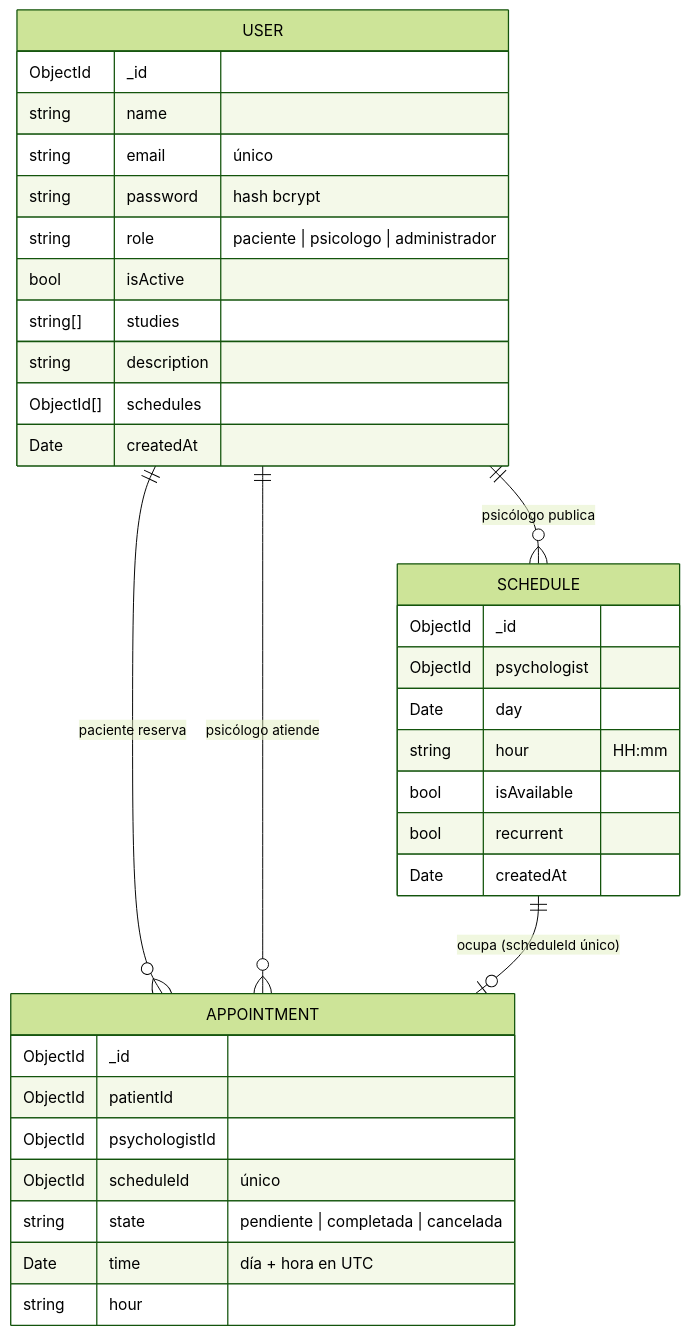
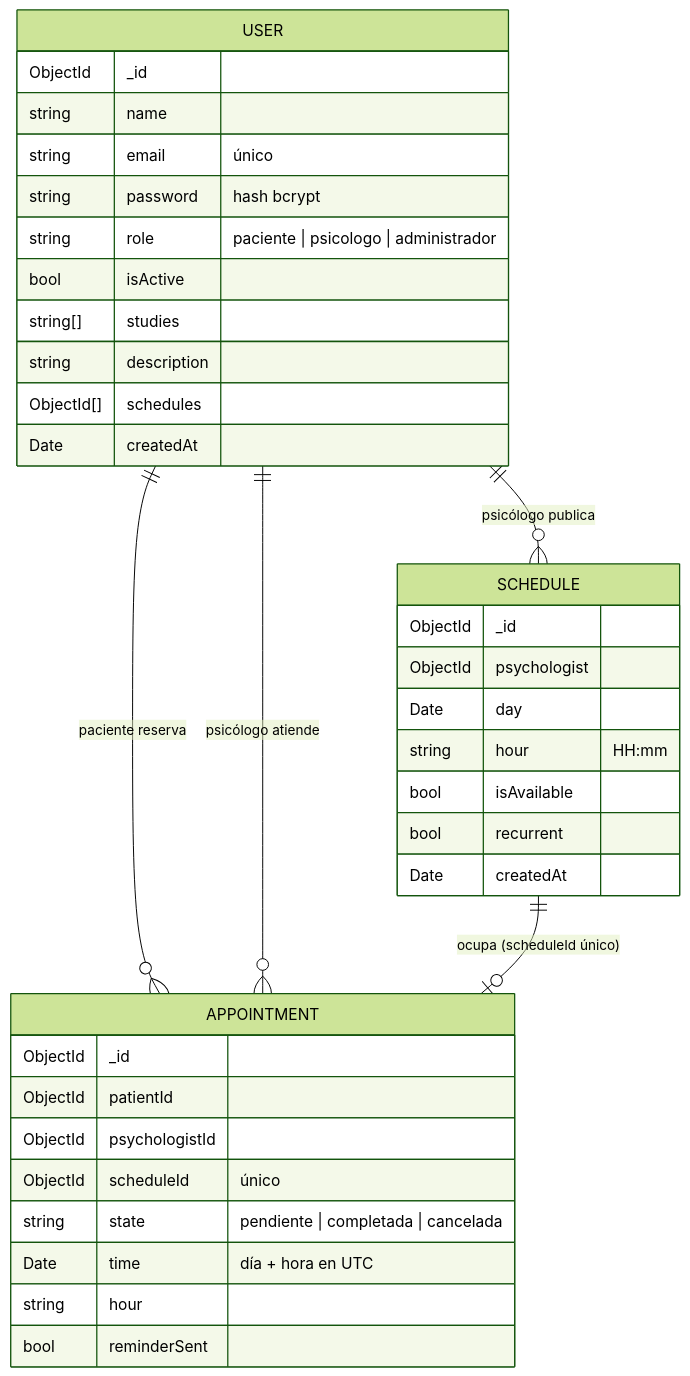
One commit to raug09/Magicamente changed the diagram in docs/02-modelo-datos.md. Above: the diagram before and after it, drawn with Mermaid (forest theme). The commit also changed other lines of this file and 7 other files, not shown here.

````diff
--- a/docs/02-modelo-datos.md
+++ b/docs/02-modelo-datos.md
@@ -5,37 +5,38 @@
 ```mermaid
 erDiagram
   USER ||--o{ SCHEDULE : "psicólogo publica"
   USER ||--o{ APPOINTMENT : "paciente reserva"
   USER ||--o{ APPOINTMENT : "psicólogo atiende"
   SCHEDULE ||--o| APPOINTMENT : "ocupa (scheduleId único)"
   USER {
     ObjectId _id
     string name
     string email "único"
     string password "hash bcrypt"
     string role "paciente | psicologo | administrador"
     bool isActive
     string[] studies
     string description
     ObjectId[] schedules
     Date createdAt
   }
   SCHEDULE {
     ObjectId _id
     ObjectId psychologist
     Date day
     string hour "HH:mm"
     bool isAvailable
     bool recurrent
     Date createdAt
   }
   APPOINTMENT {
     ObjectId _id
     ObjectId patientId
     ObjectId psychologistId
     ObjectId scheduleId "único"
     string state "pendiente | completada | cancelada"
     Date time "día + hora en UTC"
     string hour
+    bool reminderSent
   }
 ```
````
